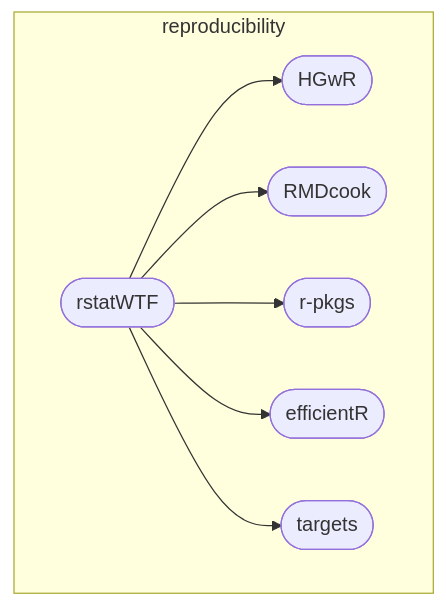
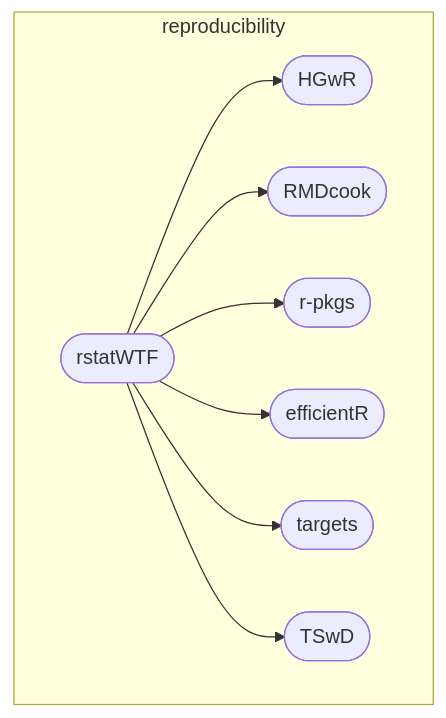
The third of 5 diagrams in README.md (parmsam/r-learning-paths), drawn with Mermaid before and after one commit.

````diff
--- a/README.md
+++ b/README.md
@@ -67,22 +67,25 @@
 ```mermaid
 graph TD
     D1([rstatWTF])
     D2([HGwR])
     D3([RMDcook])
     D4([r-pkgs])
     D5([efficientR])
     D6([targets])
+    D7([TSwD])
     click D1 "https://rstats.wtf/"
     click D2 "https://happygitwithr.com/"
     click D3 "https://bookdown.org/yihui/rmarkdown-cookbook/"
     click D4 "https://r-pkgs.org/"
     click D5 "https://csgillespie.github.io/efficientR/"
     click D6 "https://books.ropensci.org/targets/"
+    click D7 "https://tellingstorieswithdata.com/"
     subgraph reproducibility
     D1 --> D2
     D1 --> D3
     D1 --> D4
     D1 --> D5
     D1 --> D6
+    D1 --> D7
     end
 ```
````
